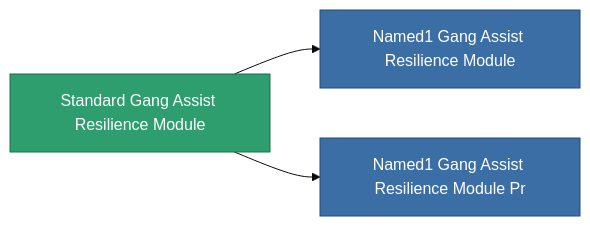
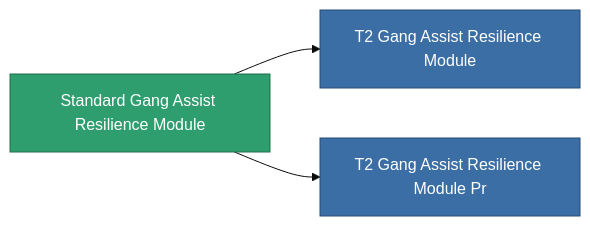
The diagram in content/content/items/standard_gang_assist_resilience_module.md (OpenPerpetuum/Wiki), drawn with Mermaid (base theme) before and after one commit. The commit also changed other lines of this file and 4904 other files, not shown here.

````diff
--- a/content/content/items/standard_gang_assist_resilience_module.md
+++ b/content/content/items/standard_gang_assist_resilience_module.md
@@ -38,13 +38,13 @@
 ```mermaid
 graph LR
     a["Standard Gang Assist Resilience Module"]:::current
-    b["Named1 Gang Assist Resilience Module"]:::prod
+    b["T2 Gang Assist Resilience Module"]:::prod
     a --> b
-    click b "/content/items/named1-gang-assist-resilience-module/" "Named1 Gang Assist Resilience Module"
-    c["Named1 Gang Assist Resilience Module Pr"]:::prod
+    click b "/content/items/named1-gang-assist-resilience-module/" "T2 Gang Assist Resilience Module"
+    c["T2 Gang Assist Resilience Module Pr"]:::prod
     a --> c
-    click c "/content/items/named1-gang-assist-resilience-module-pr/" "Named1 Gang Assist Resilience Module Pr"
+    click c "/content/items/named1-gang-assist-resilience-module-pr/" "T2 Gang Assist Resilience Module Pr"
     classDef current fill:#2f9e6f,stroke:#1f6f4a,color:#ffffff
     classDef prod fill:#3b6ea5,stroke:#274a75,color:#ffffff
     classDef more fill:#39445a,stroke:#54658a,color:#d5dbe8
 ```
````
